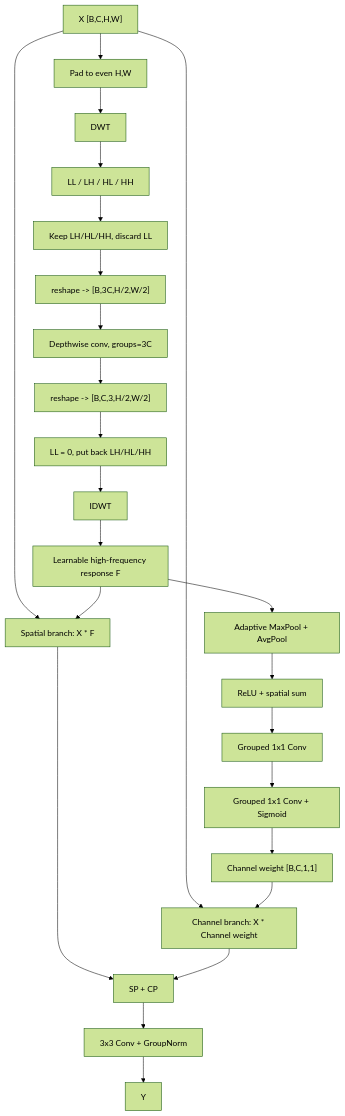
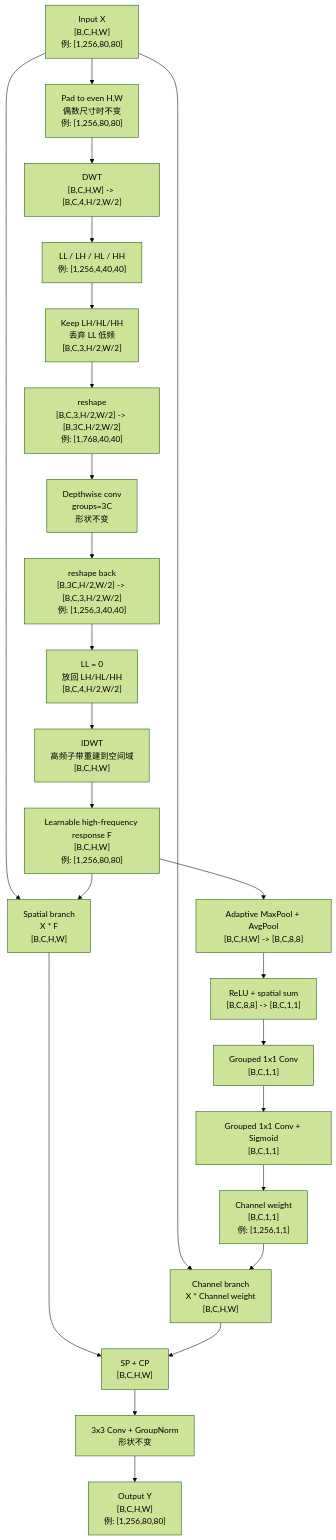
Before and after one commit to JohnSmith789287/RT-DETR-main: the third of 4 diagrams in docs/hfp_wtconv_wt_hfp_notes.md, drawn with Mermaid (forest theme). The commit also changed other lines of this file, not shown here.

Commit message:
Update diagrams with tensor shapes

````diff
--- a/docs/hfp_wtconv_wt_hfp_notes.md
+++ b/docs/hfp_wtconv_wt_hfp_notes.md
@@ -342,31 +390,31 @@
 ```mermaid
 flowchart TD
-    X["X [B,C,H,W]"] --> Pad["Pad to even H,W"]
-    Pad --> DWT["DWT"]
-    DWT --> Bands["LL / LH / HL / HH"]
+    X["Input X<br/>[B,C,H,W]<br/>例: [1,256,80,80]"] --> Pad["Pad to even H,W<br/>偶数尺寸时不变<br/>例: [1,256,80,80]"]
+    Pad --> DWT["DWT<br/>[B,C,H,W] -> [B,C,4,H/2,W/2]"]
+    DWT --> Bands["LL / LH / HL / HH<br/>例: [1,256,4,40,40]"]
 
-    Bands --> KeepHF["Keep LH/HL/HH, discard LL"]
-    KeepHF --> PackHF["reshape -> [B,3C,H/2,W/2]"]
-    PackHF --> HFDW["Depthwise conv, groups=3C"]
-    HFDW --> UnpackHF["reshape -> [B,C,3,H/2,W/2]"]
-    UnpackHF --> ZeroLL["LL = 0, put back LH/HL/HH"]
-    ZeroLL --> IDWT["IDWT"]
-    IDWT --> F["Learnable high-frequency response F"]
+    Bands --> KeepHF["Keep LH/HL/HH<br/>丢弃 LL 低频<br/>[B,C,3,H/2,W/2]"]
+    KeepHF --> PackHF["reshape<br/>[B,C,3,H/2,W/2] -> [B,3C,H/2,W/2]<br/>例: [1,768,40,40]"]
+    PackHF --> HFDW["Depthwise conv<br/>groups=3C<br/>形状不变"]
+    HFDW --> UnpackHF["reshape back<br/>[B,3C,H/2,W/2] -> [B,C,3,H/2,W/2]<br/>例: [1,256,3,40,40]"]
+    UnpackHF --> ZeroLL["LL = 0<br/>放回 LH/HL/HH<br/>[B,C,4,H/2,W/2]"]
+    ZeroLL --> IDWT["IDWT<br/>高频子带重建到空间域<br/>[B,C,H,W]"]
+    IDWT --> F["Learnable high-frequency response F<br/>[B,C,H,W]<br/>例: [1,256,80,80]"]
 
-    X --> SP["Spatial branch: X * F"]
+    X --> SP["Spatial branch<br/>X * F<br/>[B,C,H,W]"]
     F --> SP
 
-    F --> Pool["Adaptive MaxPool + AvgPool"]
-    Pool --> Sum["ReLU + spatial sum"]
-    Sum --> C1["Grouped 1x1 Conv"]
-    C1 --> C2["Grouped 1x1 Conv + Sigmoid"]
-    C2 --> CW["Channel weight [B,C,1,1]"]
+    F --> Pool["Adaptive MaxPool + AvgPool<br/>[B,C,H,W] -> [B,C,8,8]"]
+    Pool --> Sum["ReLU + spatial sum<br/>[B,C,8,8] -> [B,C,1,1]"]
+    Sum --> C1["Grouped 1x1 Conv<br/>[B,C,1,1]"]
+    C1 --> C2["Grouped 1x1 Conv + Sigmoid<br/>[B,C,1,1]"]
+    C2 --> CW["Channel weight<br/>[B,C,1,1]<br/>例: [1,256,1,1]"]
 
-    X --> CP["Channel branch: X * Channel weight"]
+    X --> CP["Channel branch<br/>X * Channel weight<br/>[B,C,H,W]"]
     CW --> CP
 
-    SP --> Add["SP + CP"]
+    SP --> Add["SP + CP<br/>[B,C,H,W]"]
     CP --> Add
-    Add --> Out["3x3 Conv + GroupNorm"]
-    Out --> Y["Y"]
+    Add --> Out["3x3 Conv + GroupNorm<br/>形状不变"]
+    Out --> Y["Output Y<br/>[B,C,H,W]<br/>例: [1,256,80,80]"]
 ```
````
